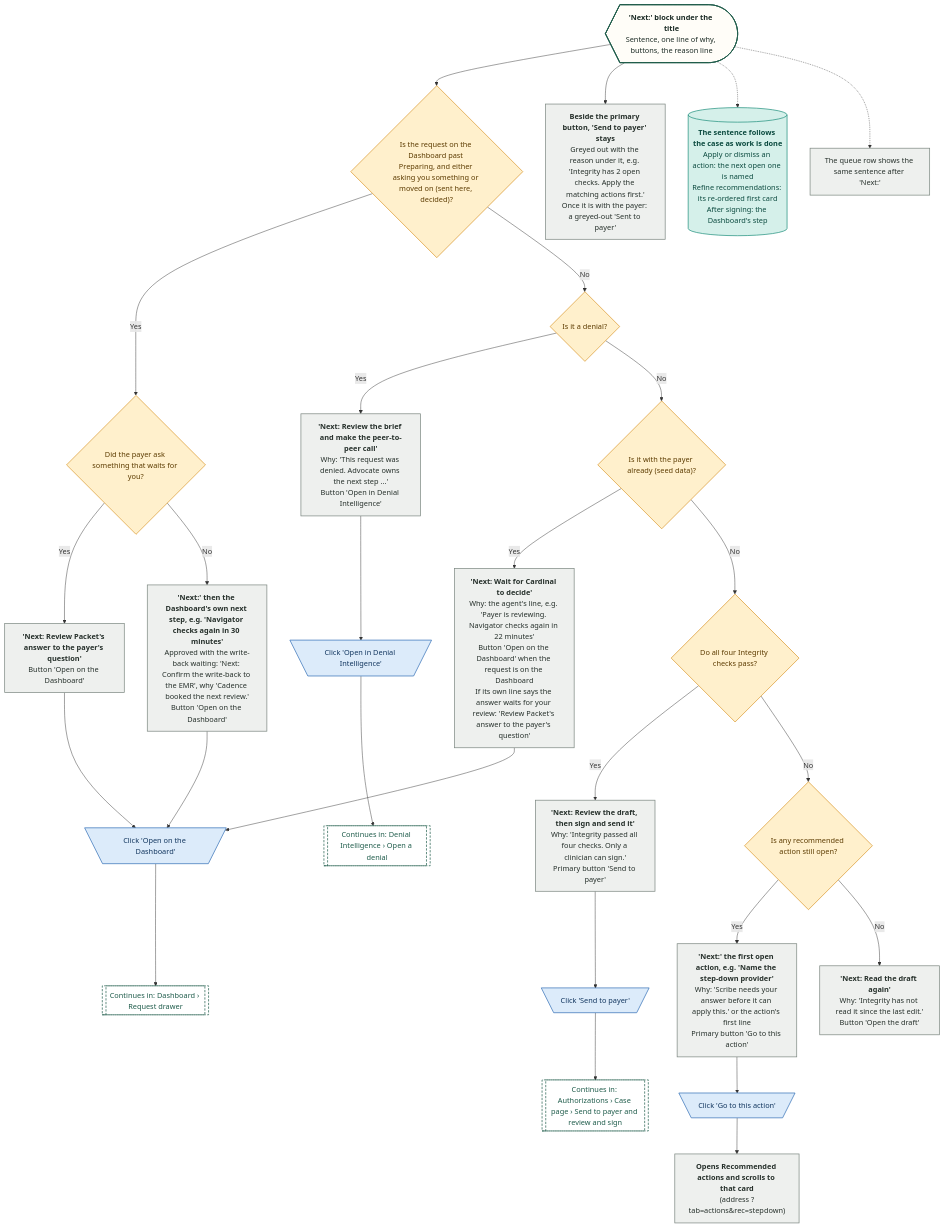
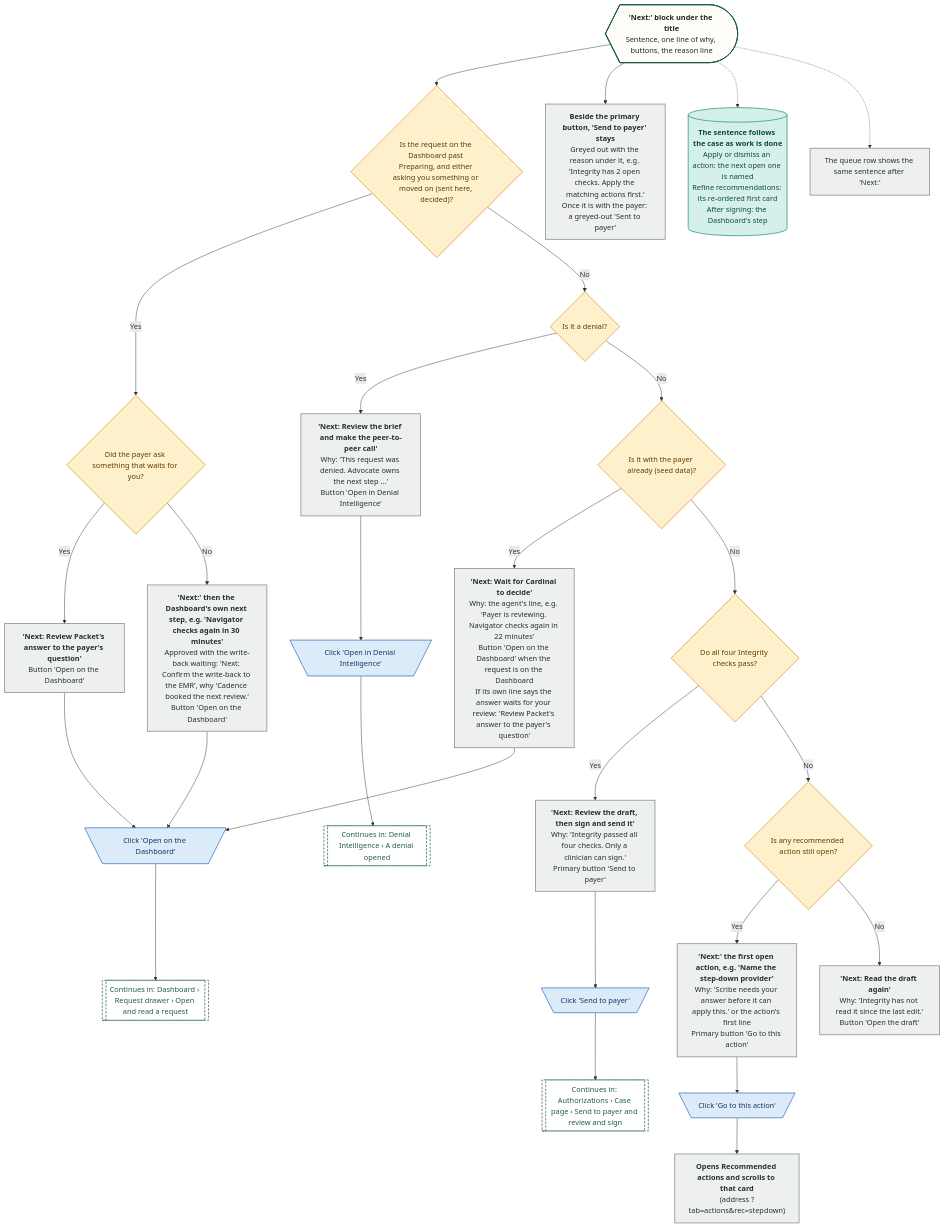
One commit to Shrav143/psyfloapp changed the tenth of 33 diagrams in demos/prior-auth-demo/workflows/out/md/03-authorizations.md. Above: the diagram before and after it, drawn with Mermaid. The commit also changed other lines of this file and 251 other files, not shown here.

First line of the commit message:
docs: rebuild the workflow diagrams (291) for round 4

````diff
--- a/demos/prior-auth-demo/workflows/out/md/03-authorizations.md
+++ b/demos/prior-auth-demo/workflows/out/md/03-authorizations.md
@@ -646,67 +829,67 @@
 ```mermaid
 %%{init: {"theme":"base","themeVariables":{"fontFamily":"'DM Sans', 'Segoe UI', system-ui, sans-serif","fontSize":"15px","lineColor":"#5B6B63","primaryTextColor":"#1C2B25","clusterBkg":"#FBF8F3","clusterBorder":"#D9CDBB","edgeLabelBackground":"#FFFFFF"},"flowchart":{"curve":"basis","nodeSpacing":36,"rankSpacing":48,"padding":12,"htmlLabels":true,"useMaxWidth":false,"wrappingWidth":230}} }%%
 flowchart TD
   classDef k_start fill:#1F5C4B,stroke:#174638,color:#FFFFFF,stroke-width:1.5px,font-weight:600
   classDef k_end fill:#DDEFE3,stroke:#2E7D4F,color:#14502F,stroke-width:1.5px,font-weight:600
   classDef k_endx fill:#FBE3E0,stroke:#C0392B,color:#7A1F16,stroke-width:1.5px,font-weight:600
   classDef k_screen fill:#FFFDF8,stroke:#1F5C4B,color:#1C2B25,stroke-width:2px
   classDef k_overlay fill:#F1F7F3,stroke:#1F5C4B,color:#1C2B25,stroke-width:2px,stroke-dasharray:5 3
   classDef k_click fill:#DCEBFA,stroke:#2F6DB5,color:#12365F,stroke-width:1.5px
   classDef k_input fill:#E4E7FF,stroke:#4C5FD5,color:#1D2670,stroke-width:1.5px
   classDef k_process fill:#EEF0EE,stroke:#7A857F,color:#26302B,stroke-width:1.5px
   classDef k_agent fill:#EEE5FA,stroke:#7A4FC2,color:#341A63,stroke-width:1.5px
   classDef k_decision fill:#FFF0CC,stroke:#D9962B,color:#5C3B00,stroke-width:1.5px
   classDef k_store fill:#D5F0EA,stroke:#1C8E7B,color:#0B4A3F,stroke-width:1.5px
   classDef k_doc fill:#F6E9DC,stroke:#B07A4C,color:#4A2E14,stroke-width:1.5px
   classDef k_ext fill:#FFE6D2,stroke:#E07B39,color:#6B2F06,stroke-width:1.5px
   classDef k_wait fill:#E4E8EE,stroke:#6B7C93,color:#26303D,stroke-width:1.5px
   classDef k_toast fill:#FFF9DB,stroke:#C9A400,color:#5A4A00,stroke-width:1.5px
   classDef k_goto fill:#FFFFFF,stroke:#1F5C4B,color:#1F5C4B,stroke-width:1.5px,stroke-dasharray:5 3
   nb@{ shape: curv-trap, label: "<b>'Next:' block under the title</b><br/>Sentence, one line of why, buttons, the reason line" }
   d1@{ shape: diam, label: "Is the request on the Dashboard past Preparing, and either asking you something or moved on (sent here, decided)?" }
   d2@{ shape: diam, label: "Did the payer ask something that waits for you?" }
   n1@{ shape: rect, label: "<b>'Next: Review Packet's answer to the payer's question'</b><br/>Button 'Open on the Dashboard'" }
   n2@{ shape: rect, label: "<b>'Next:' then the Dashboard's own next step, e.g. 'Navigator checks again in 30 minutes'</b><br/>Approved with the write-back waiting: 'Next: Confirm the write-back to the EMR', why 'Cadence booked the next review.'<br/>Button 'Open on the Dashboard'" }
   d3@{ shape: diam, label: "Is it a denial?" }
   n3@{ shape: rect, label: "<b>'Next: Review the brief and make the peer-to-peer call'</b><br/>Why: 'This request was denied. Advocate owns the next step ...'<br/>Button 'Open in Denial Intelligence'" }
   d4@{ shape: diam, label: "Is it with the payer already (seed data)?" }
   n4@{ shape: rect, label: "<b>'Next: Wait for Cardinal to decide'</b><br/>Why: the agent's line, e.g. 'Payer is reviewing. Navigator checks again in 22 minutes'<br/>Button 'Open on the Dashboard' when the request is on the Dashboard<br/>If its own line says the answer waits for your review: 'Review Packet's answer to the payer's question'" }
   d5@{ shape: diam, label: "Do all four Integrity checks pass?" }
   n5@{ shape: rect, label: "<b>'Next: Review the draft, then sign and send it'</b><br/>Why: 'Integrity passed all four checks. Only a clinician can sign.'<br/>Primary button 'Send to payer'" }
   d6@{ shape: diam, label: "Is any recommended action still open?" }
   n6@{ shape: rect, label: "<b>'Next:' the first open action, e.g. 'Name the step-down provider'</b><br/>Why: 'Scribe needs your answer before it can apply this.' or the action's first line<br/>Primary button 'Go to this action'" }
   n7@{ shape: rect, label: "<b>'Next: Read the draft again'</b><br/>Why: 'Integrity has not read it since the last edit.'<br/>Button 'Open the draft'" }
   sg@{ shape: rect, label: "<b>Beside the primary button, 'Send to payer' stays</b><br/>Greyed out with the reason under it, e.g. 'Integrity has 2 open checks. Apply the matching actions first.'<br/>Once it is with the payer: a greyed-out 'Sent to payer'" }
   c1@{ shape: trap-t, label: "Click 'Go to this action'" }
   t1@{ shape: rect, label: "<b>Opens Recommended actions and scrolls to that card</b><br/>(address ?tab=actions&rec=stepdown)" }
   c2@{ shape: trap-t, label: "Click 'Send to payer'" }
   g2@{ shape: subproc, label: "Continues in: Authorizations › Case page › Send to payer and review and sign" }
   c3@{ shape: trap-t, label: "Click 'Open on the Dashboard'" }
-  g3@{ shape: subproc, label: "Continues in: Dashboard › Request drawer" }
+  g3@{ shape: subproc, label: "Continues in: Dashboard › Request drawer › Open and read a request" }
   c4@{ shape: trap-t, label: "Click 'Open in Denial Intelligence'" }
-  g4@{ shape: subproc, label: "Continues in: Denial Intelligence › Open a denial" }
+  g4@{ shape: subproc, label: "Continues in: Denial Intelligence › A denial opened" }
   fl@{ shape: cyl, label: "<b>The sentence follows the case as work is done</b><br/>Apply or dismiss an action: the next open one is named<br/>Refine recommendations: its re-ordered first card<br/>After signing: the Dashboard's step" }
   q@{ shape: rect, label: "The queue row shows the same sentence after 'Next:'" }
   nb --> d1
   d1 -->|"Yes"| d2
   d2 -->|"Yes"| n1 --> c3
   d2 -->|"No"| n2 --> c3
   d1 -->|"No"| d3
   d3 -->|"Yes"| n3 --> c4 --> g4
   d3 -->|"No"| d4
   d4 -->|"Yes"| n4 --> c3 --> g3
   d4 -->|"No"| d5
   d5 -->|"Yes"| n5 --> c2 --> g2
   d5 -->|"No"| d6
   d6 -->|"Yes"| n6 --> c1 --> t1
   d6 -->|"No"| n7
   nb --> sg
   nb -.-> fl
   nb -.-> q
   class nb k_screen
   class d1,d2,d3,d4,d5,d6 k_decision
   class n1,n2,n3,n4,n5,n6,n7,sg,t1,q k_process
   class c1,c2,c3,c4 k_click
   class g2,g3,g4 k_goto
   class fl k_store
 ```
````
